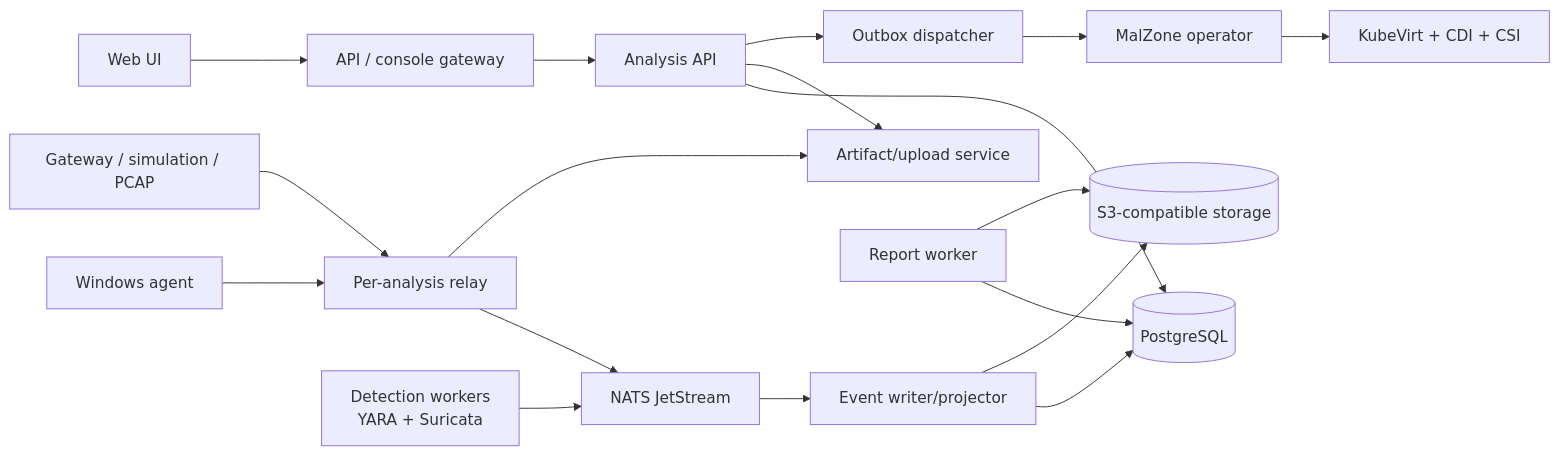
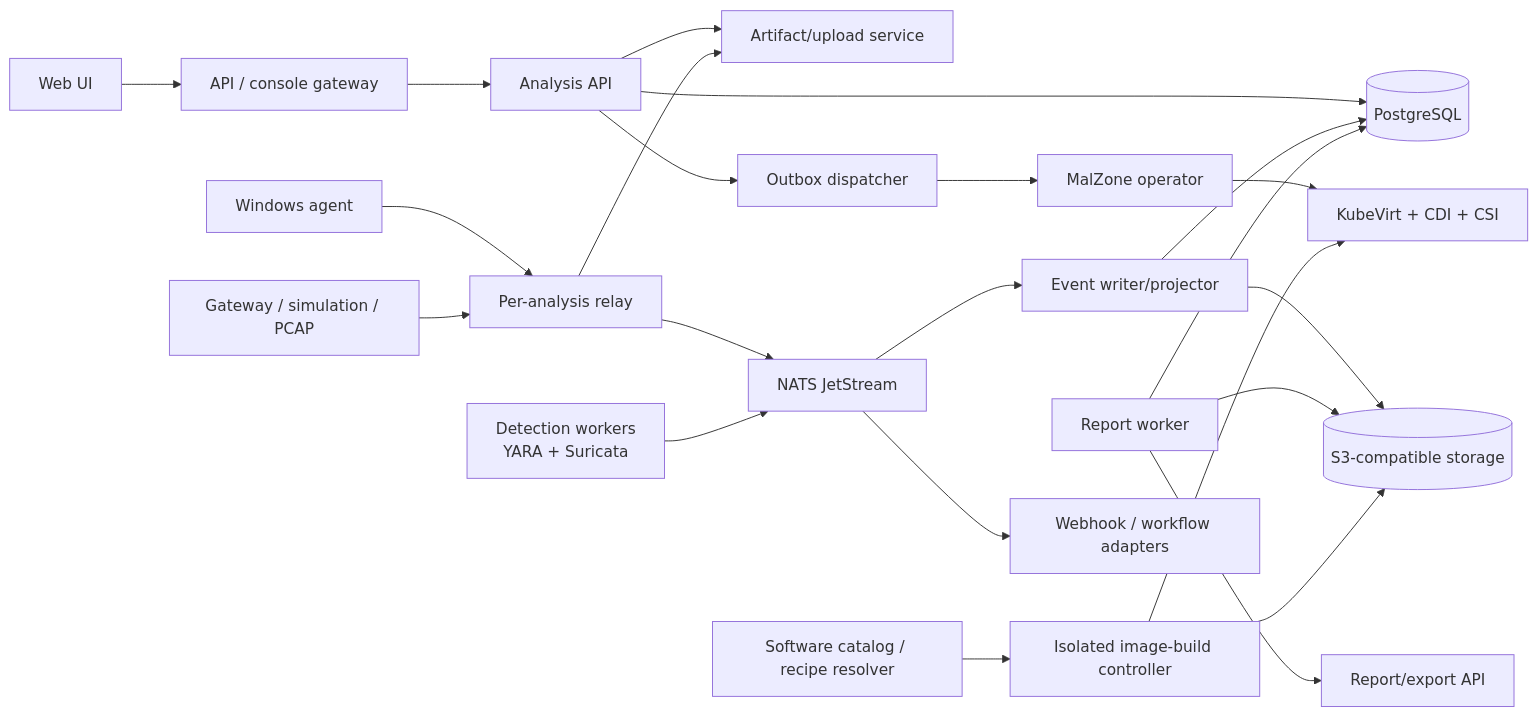
One commit to diaryfolio/MalZone changed the diagram in docs/design/high-level/10-overall/04-components-technology.md. Above: the diagram before and after it, drawn with Mermaid. The commit also changed other lines of this file and 30 other files, not shown here.

````diff
--- a/docs/design/high-level/10-overall/04-components-technology.md
+++ b/docs/design/high-level/10-overall/04-components-technology.md
@@ -5,22 +5,27 @@
 ```mermaid
 flowchart LR
     UI["Web UI"] --> Edge["API / console gateway"]
     Edge --> AnalysisAPI["Analysis API"]
     AnalysisAPI --> PG[("PostgreSQL")]
     AnalysisAPI --> Objects["Artifact/upload service"]
     AnalysisAPI --> Dispatch["Outbox dispatcher"]
     Dispatch --> Operator["MalZone operator"]
     Operator --> KubeVirt["KubeVirt + CDI + CSI"]
 
     Agent["Windows agent"] --> Relay["Per-analysis relay"]
     Relay --> Bus["NATS JetStream"]
     Relay --> Objects
     Bus --> Event["Event writer/projector"]
     Event --> PG
     Event --> ObjectStore[("S3-compatible storage")]
 
     Net["Gateway / simulation / PCAP"] --> Relay
     Rule["Detection workers<br/>YARA + Suricata"] --> Bus
     Report["Report worker"] --> PG
     Report --> ObjectStore
+    Catalog["Software catalog / recipe resolver"] --> Build["Isolated image-build controller"]
+    Build --> KubeVirt
+    Build --> ObjectStore
+    Report --> Export["Report/export API"]
+    Bus --> Webhook["Webhook / workflow adapters"]
 ```
````
